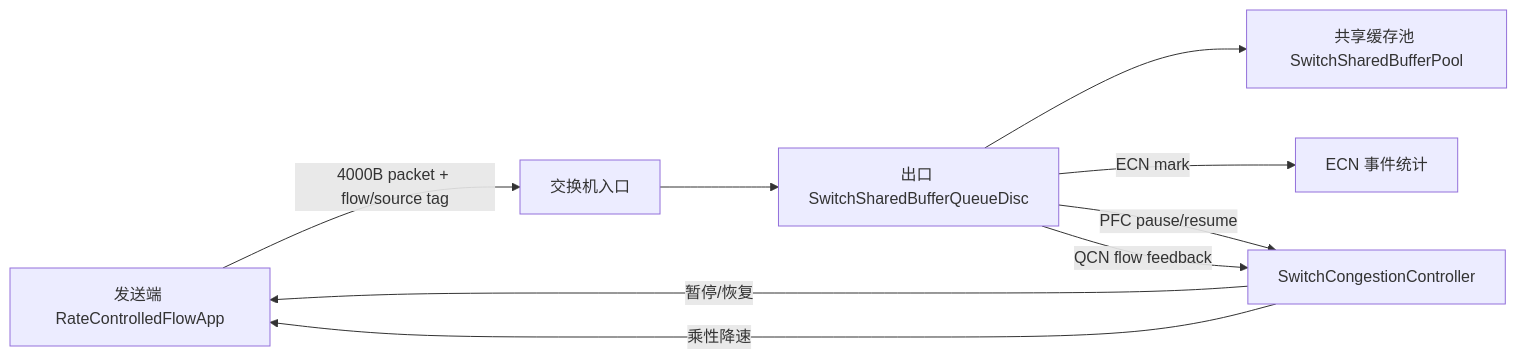
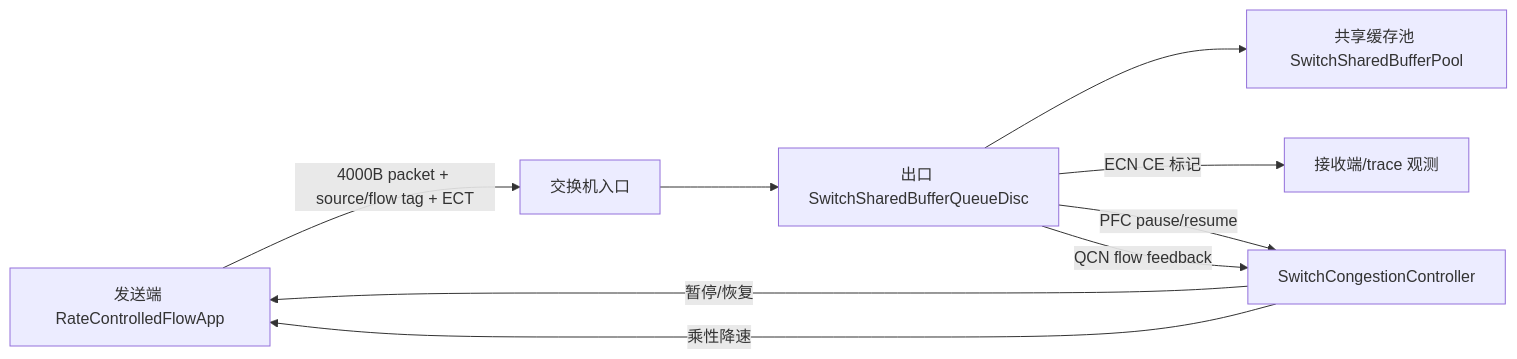
Before and after one commit to chendaichun/HomaL4Protocol-ns-3: the diagram in docs/qcn_400g_alltoall_paper_writeup_zh.md, drawn with Mermaid. The commit also changed other lines of this file and 6 other files, not shown here.

````diff
--- a/docs/qcn_400g_alltoall_paper_writeup_zh.md
+++ b/docs/qcn_400g_alltoall_paper_writeup_zh.md
@@ -58,11 +60,11 @@
 ```mermaid
 flowchart LR
-  A[发送端 RateControlledFlowApp] -->|4000B packet + flow/source tag| B[交换机入口]
+  A[发送端 RateControlledFlowApp] -->|4000B packet + source/flow tag + ECT| B[交换机入口]
   B --> C[出口 SwitchSharedBufferQueueDisc]
   C --> D[共享缓存池 SwitchSharedBufferPool]
-  C -->|ECN mark| E[ECN 事件统计]
+  C -->|ECN CE 标记| E[接收端/trace 观测]
   C -->|PFC pause/resume| F[SwitchCongestionController]
   C -->|QCN flow feedback| F
   F -->|暂停/恢复| A
   F -->|乘性降速| A
 ```
````
